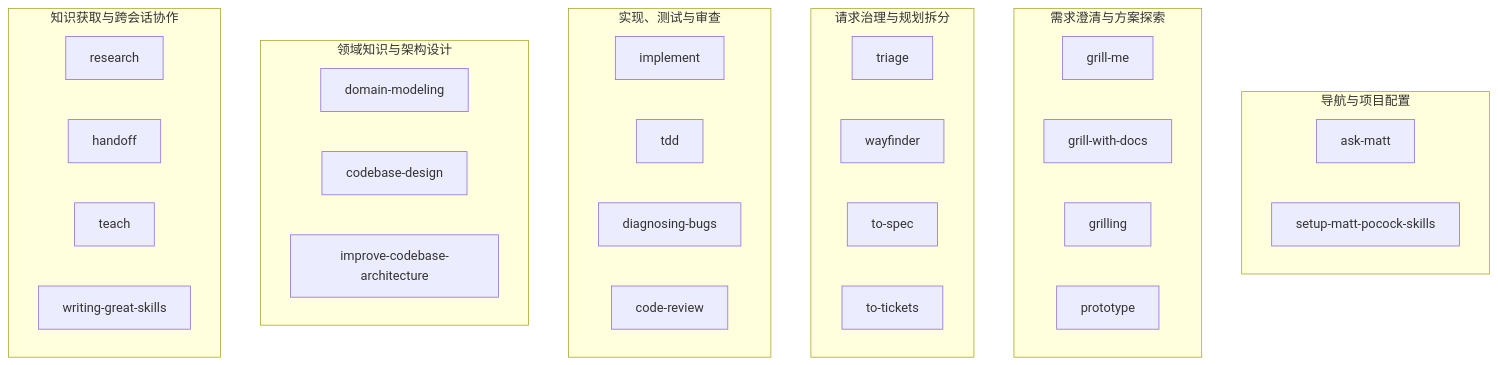
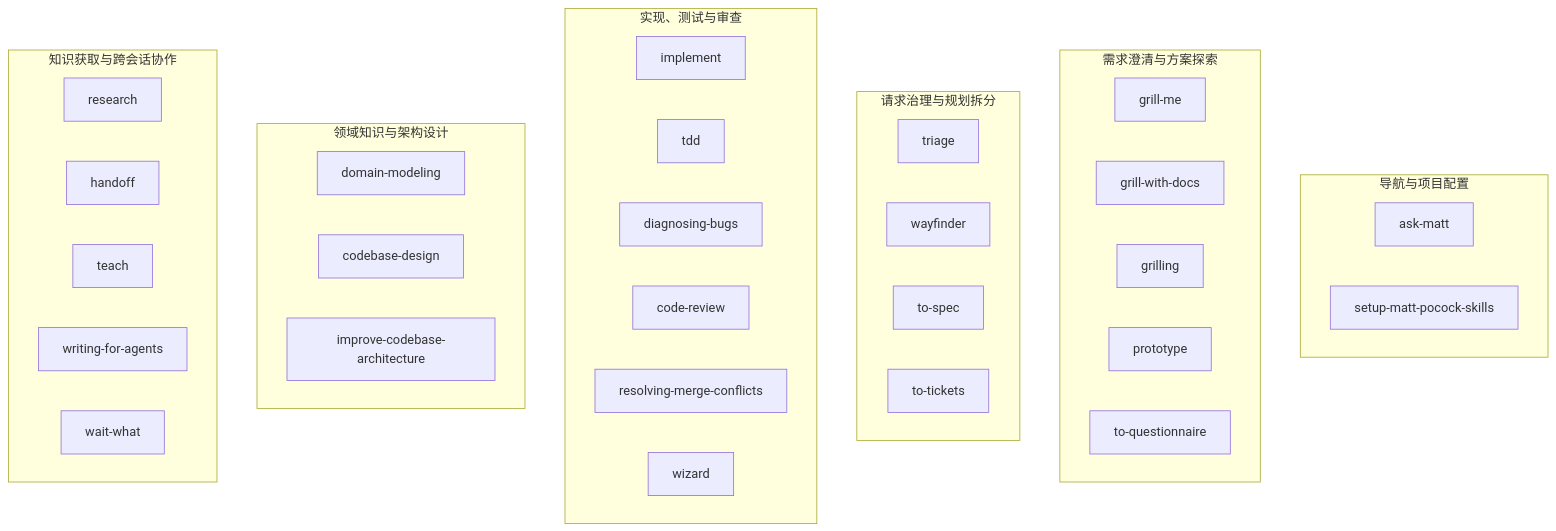
The first of 6 diagrams in docs/analysis/mattpocock-skills/skills-workflow-diagram.md (kangapp/ai-knowledge-base), drawn with Mermaid before and after one commit. The commit also changed other lines of this file and 5 other files, not shown here.

````diff
--- a/docs/analysis/mattpocock-skills/skills-workflow-diagram.md
+++ b/docs/analysis/mattpocock-skills/skills-workflow-diagram.md
@@ -9,41 +9,45 @@
 ```mermaid
 flowchart TB
     subgraph Navigation["导航与项目配置"]
         AskMatt["ask-matt"]
         Setup["setup-matt-pocock-skills"]
     end
 
     subgraph Discovery["需求澄清与方案探索"]
         GrillMe["grill-me"]
         GrillDocs["grill-with-docs"]
         Grilling["grilling"]
         Prototype["prototype"]
+        Questionnaire["to-questionnaire"]
     end
 
     subgraph Governance["请求治理与规划拆分"]
         Triage["triage"]
         Wayfinder["wayfinder"]
         ToSpec["to-spec"]
         ToTickets["to-tickets"]
     end
 
     subgraph Delivery["实现、测试与审查"]
         Implement["implement"]
         TDD["tdd"]
         Diagnose["diagnosing-bugs"]
         Review["code-review"]
+        Resolve["resolving-merge-conflicts"]
+        Wizard["wizard"]
     end
 
     subgraph Architecture["领域知识与架构设计"]
         Domain["domain-modeling"]
         Design["codebase-design"]
         Improve["improve-codebase-architecture"]
     end
 
     subgraph Knowledge["知识获取与跨会话协作"]
         Research["research"]
         Handoff["handoff"]
         Teach["teach"]
-        WriteSkills["writing-great-skills"]
+        WriteSkills["writing-for-agents"]
+        WaitWhat["wait-what"]
     end
 ```
````
